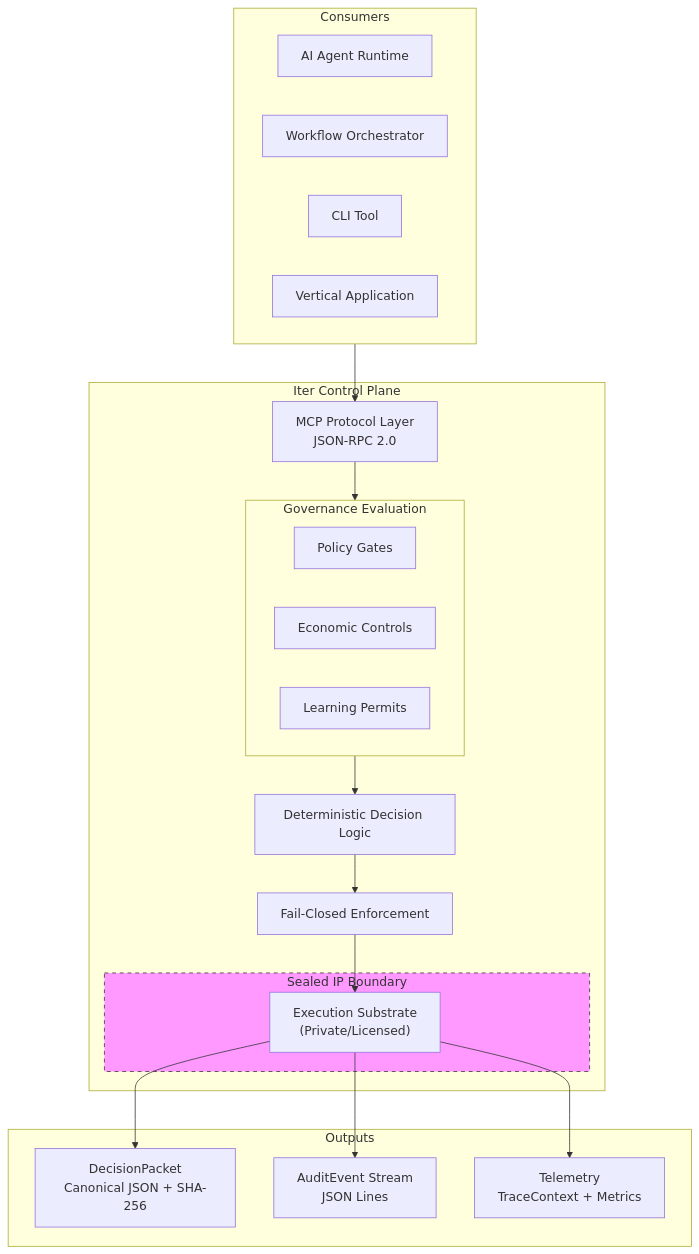
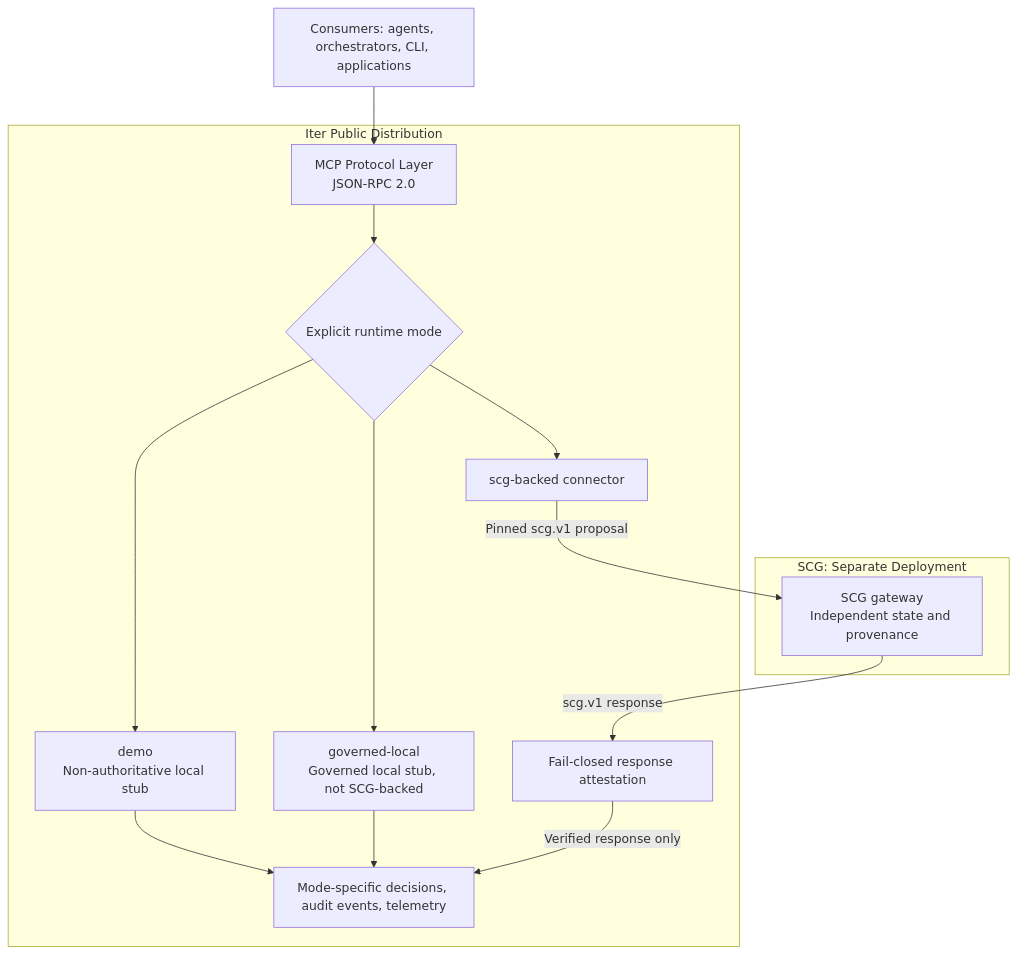
One commit to aduboseh/iter changed the diagram in docs/azure-architecture-review/ARCHITECTURE_DIAGRAM.md. Above: the diagram before and after it, drawn with Mermaid. The commit also changed other lines of this file and 3 other files, not shown here.

````diff
--- a/docs/azure-architecture-review/ARCHITECTURE_DIAGRAM.md
+++ b/docs/azure-architecture-review/ARCHITECTURE_DIAGRAM.md
@@ -115,44 +72,26 @@
 ```mermaid
 flowchart TB
-    subgraph Consumers["Consumers"]
-        Agent["AI Agent Runtime"]
-        Orch["Workflow Orchestrator"]
-        CLI["CLI Tool"]
-        App["Vertical Application"]
+    Consumers["Consumers: agents, orchestrators, CLI, applications"]
+
+    subgraph IterControlPlane["Iter Public Distribution"]
+        MCP["MCP Protocol Layer<br/>JSON-RPC 2.0"]
+        Mode{"Explicit runtime mode"}
+        Demo["demo<br/>Non-authoritative local stub"]
+        Local["governed-local<br/>Governed local stub, not SCG-backed"]
+        Connector["scg-backed connector"]
+        Verify["Fail-closed response attestation"]
+        Output["Mode-specific decisions, audit events, telemetry"]
     end
 
-    subgraph IterControlPlane["Iter Control Plane"]
-        MCP["MCP Protocol Layer<br/>JSON-RPC 2.0"]
-        
-        subgraph Governance["Governance Evaluation"]
-            Policy["Policy Gates"]
-            Econ["Economic Controls"]
-            Learn["Learning Permits"]
-        end
-        
-        Decision["Deterministic Decision Logic"]
-        Failsafe["Fail-Closed Enforcement"]
-        
-        subgraph Sealed["Sealed IP Boundary"]
-            Substrate["Execution Substrate<br/>(Private/Licensed)"]
-        end
+    subgraph ScgService["SCG: Separate Deployment"]
+        Gateway["SCG gateway<br/>Independent state and provenance"]
     end
 
-    subgraph Outputs["Outputs"]
-        DP["DecisionPacket<br/>Canonical JSON + SHA-256"]
-        Audit["AuditEvent Stream<br/>JSON Lines"]
-        Telem["Telemetry<br/>TraceContext + Metrics"]
-    end
-
-    Consumers --> MCP
-    MCP --> Governance
-    Governance --> Decision
-    Decision --> Failsafe
-    Failsafe --> Substrate
-    
-    Substrate --> DP
-    Substrate --> Audit
-    Substrate --> Telem
-
-    style Sealed fill:#f9f,stroke:#333,stroke-dasharray: 5 5
+    Consumers --> MCP --> Mode
+    Mode --> Demo --> Output
+    Mode --> Local --> Output
+    Mode --> Connector
+    Connector -->|"Pinned scg.v1 proposal"| Gateway
+    Gateway -->|"scg.v1 response"| Verify
+    Verify -->|"Verified response only"| Output
 ```
````
